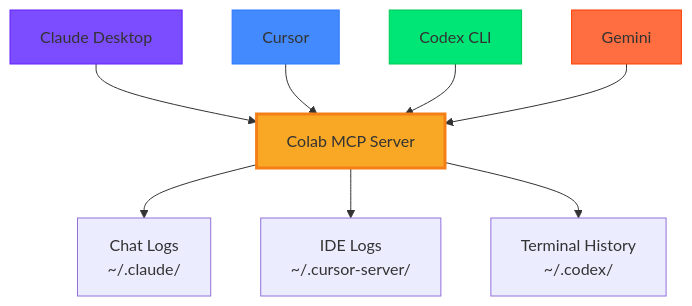
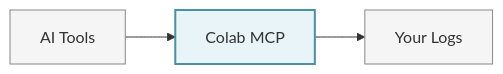
The first of 4 diagrams in README.md (covertlabsaus/colab-mcp), drawn with Mermaid before and after one commit. The commit also changed other lines of this file and 1 other file, not shown here.

Commit message:
Simplify Mermaid diagrams with muted colors

````diff
--- a/README.md
+++ b/README.md
@@ -37,17 +37,9 @@
 ```mermaid
-graph TD
-    A[Claude Desktop] --> E[Colab MCP Server]
-    B[Cursor] --> E
-    C[Codex CLI] --> E
-    D[Gemini] --> E
+graph LR
+    A[AI Tools] --> B[Colab MCP]
+    B --> C[Your Logs]
     
-    E --> F[Chat Logs<br/>~/.claude/]
-    E --> G[IDE Logs<br/>~/.cursor-server/]
-    E --> H[Terminal History<br/>~/.codex/]
-    
-    style E fill:#f9a825,stroke:#f57f17,stroke-width:3px
-    style A fill:#7c4dff,stroke:#651fff
-    style B fill:#448aff,stroke:#2979ff
-    style C fill:#00e676,stroke:#00c853
-    style D fill:#ff6e40,stroke:#ff3d00
+    style B fill:#e8f4f8,stroke:#4a90a4,stroke-width:2px
+    style A fill:#f5f5f5,stroke:#888,stroke-width:1px
+    style C fill:#f5f5f5,stroke:#888,stroke-width:1px
 ```
````
